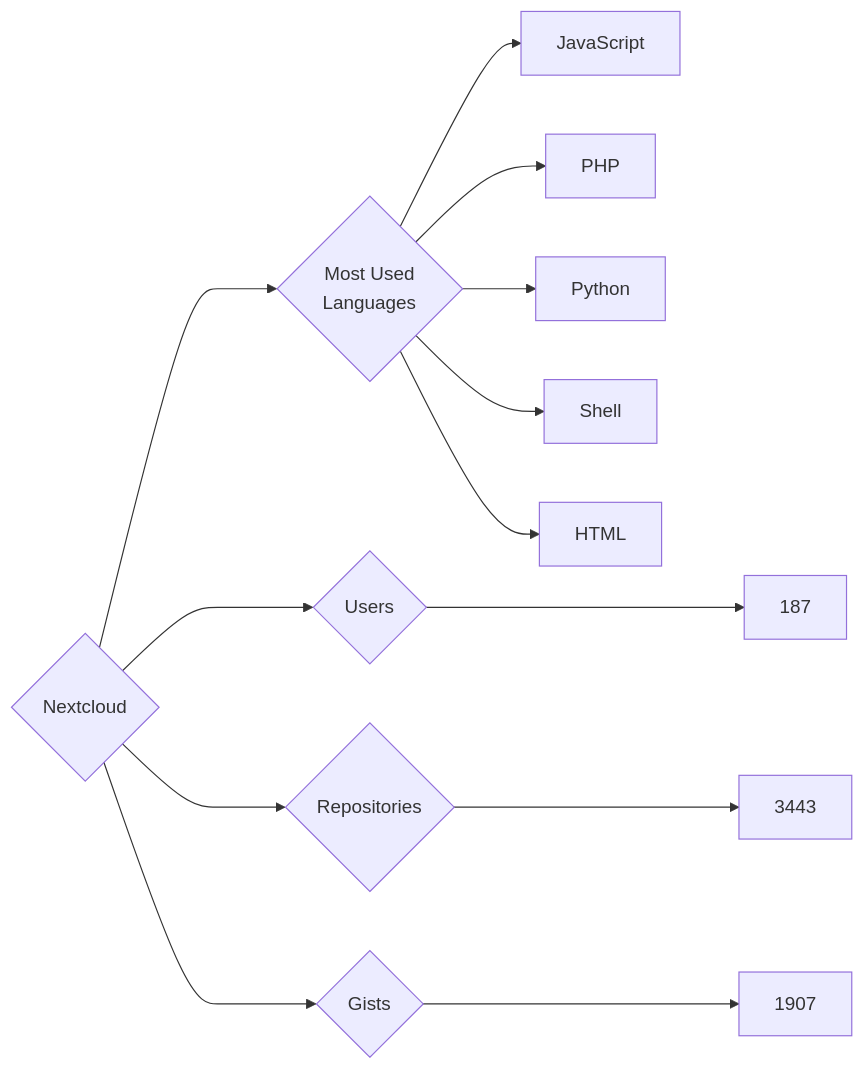
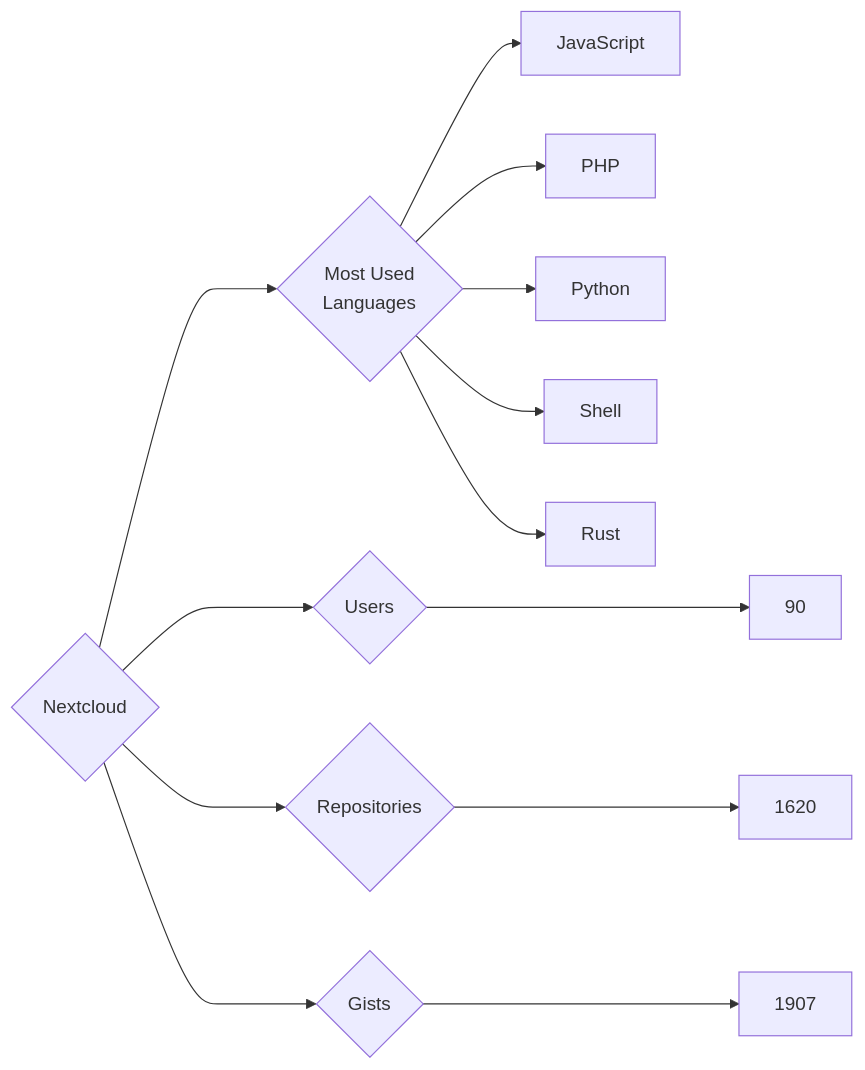
One commit to trickest/insiders changed the diagram in targets/Nextcloud/README.md. Above: the diagram before and after it, drawn with Mermaid. The commit also changed 799 other files, not shown here.

````diff
--- a/targets/Nextcloud/README.md
+++ b/targets/Nextcloud/README.md
@@ -3,13 +3,13 @@
 ```mermaid
 graph LR
 COMPANY_NAME{Nextcloud}
-COMPANY_NAME ---> U{Users} ---> UN[187]
-COMPANY_NAME ---> R{Repositories} ---> RN[3443]
+COMPANY_NAME ---> U{Users} ---> UN[90]
+COMPANY_NAME ---> R{Repositories} ---> RN[1620]
 COMPANY_NAME ---> G{Gists} ---> GN[1907]
 COMPANY_NAME ---> ML{Most Used<br>Languages}
 ML --> JavaScript[JavaScript]
 ML --> PHP[PHP]
 ML --> Python[Python]
 ML --> Shell[Shell]
-ML --> HTML[HTML]
+ML --> Rust[Rust]
 ```
````
